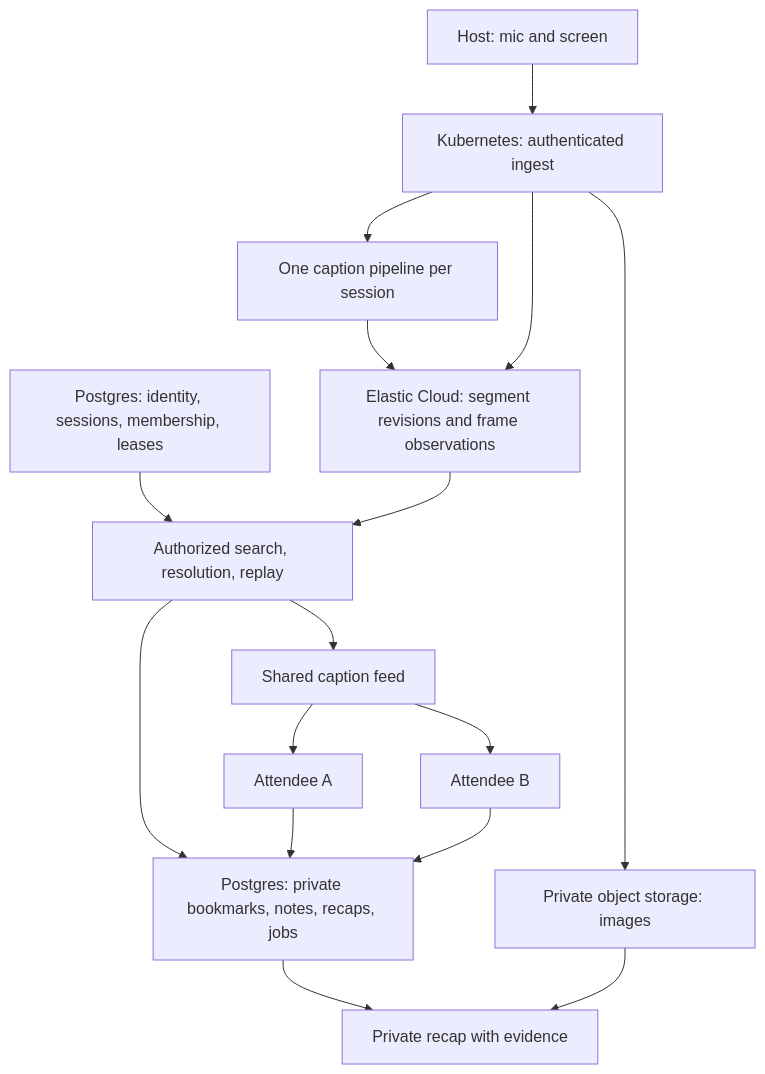
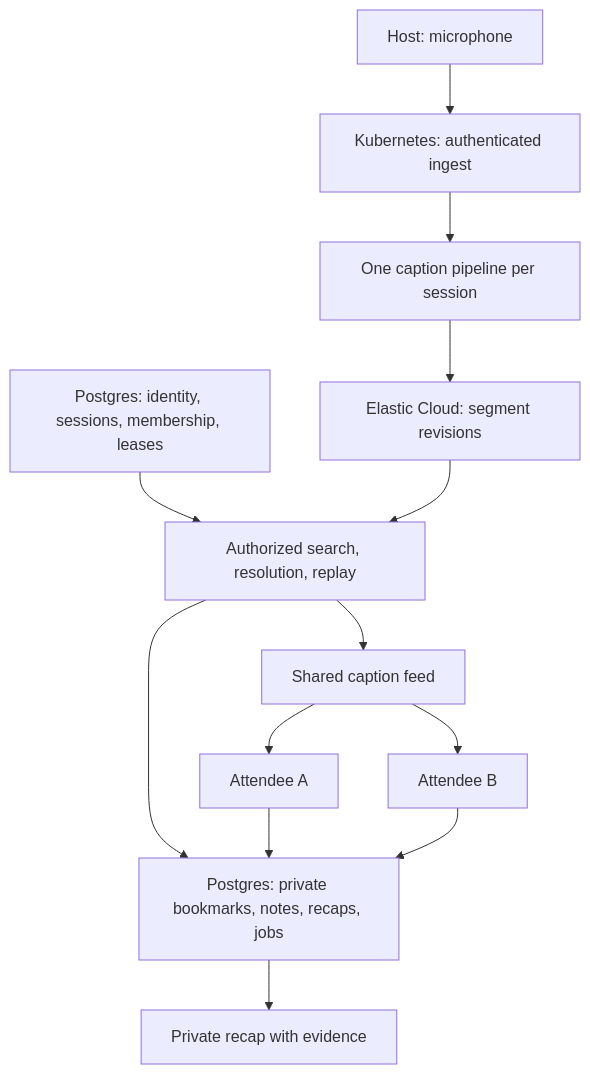
One commit to drewrasm/simon-says changed the first of 2 diagrams in docs/architecture.md. Above: the diagram before and after it, drawn with Mermaid. The commit also changed other lines of this file and 74 other files, not shown here.

First line of the commit message:
chore: remove screen sharing, frame storage and screenshot evidence (sc-184)

````diff
--- a/docs/architecture.md
+++ b/docs/architecture.md
@@ -7,18 +7,15 @@
 ```mermaid
 flowchart TD
-  Host[Host: mic and screen] --> Ingest[Kubernetes: authenticated ingest]
+  Host[Host: microphone] --> Ingest[Kubernetes: authenticated ingest]
   Ingest --> STT[One caption pipeline per session]
-  STT --> Content[Elastic Cloud: segment revisions and frame observations]
-  Ingest --> Content
-  Ingest --> Media[Private object storage: images]
+  STT --> Content[Elastic Cloud: segment revisions]
   Access[Postgres: identity, sessions, membership, leases] --> Reads[Authorized search, resolution, replay]
   Content --> Reads
   Reads --> Selections
   Reads --> Feed[Shared caption feed]
   Feed --> A[Attendee A]
   Feed --> B[Attendee B]
   A --> Selections[Postgres: private bookmarks, notes, recaps, jobs]
   B --> Selections
   Selections --> Recap[Private recap with evidence]
-  Media --> Recap
 ```
````
